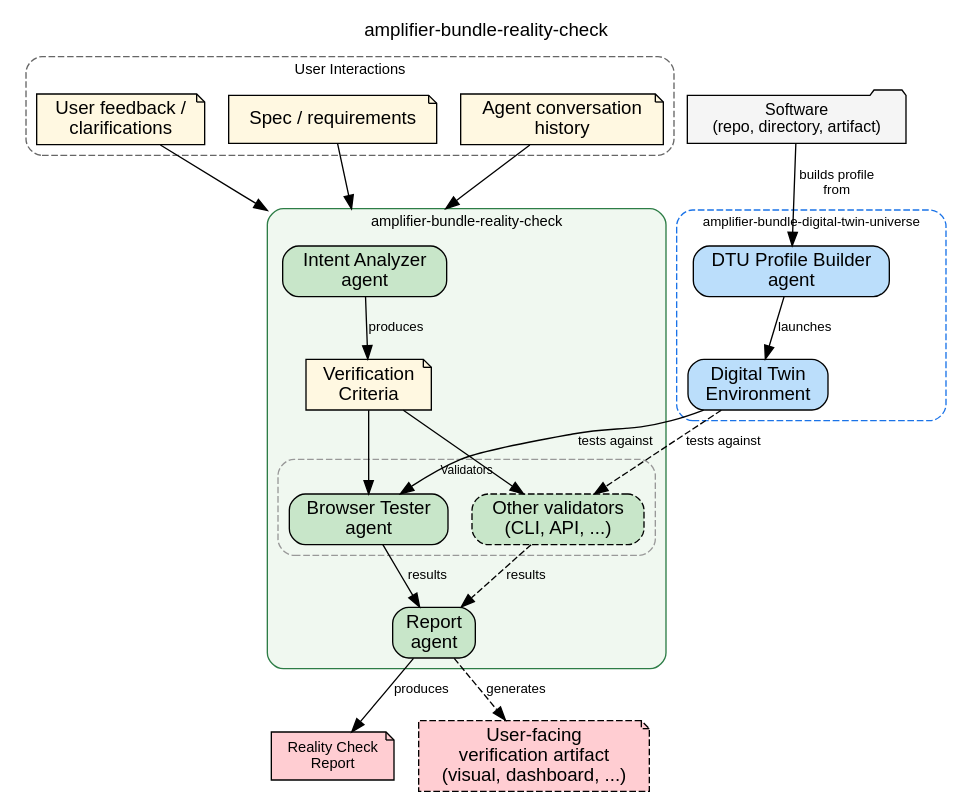
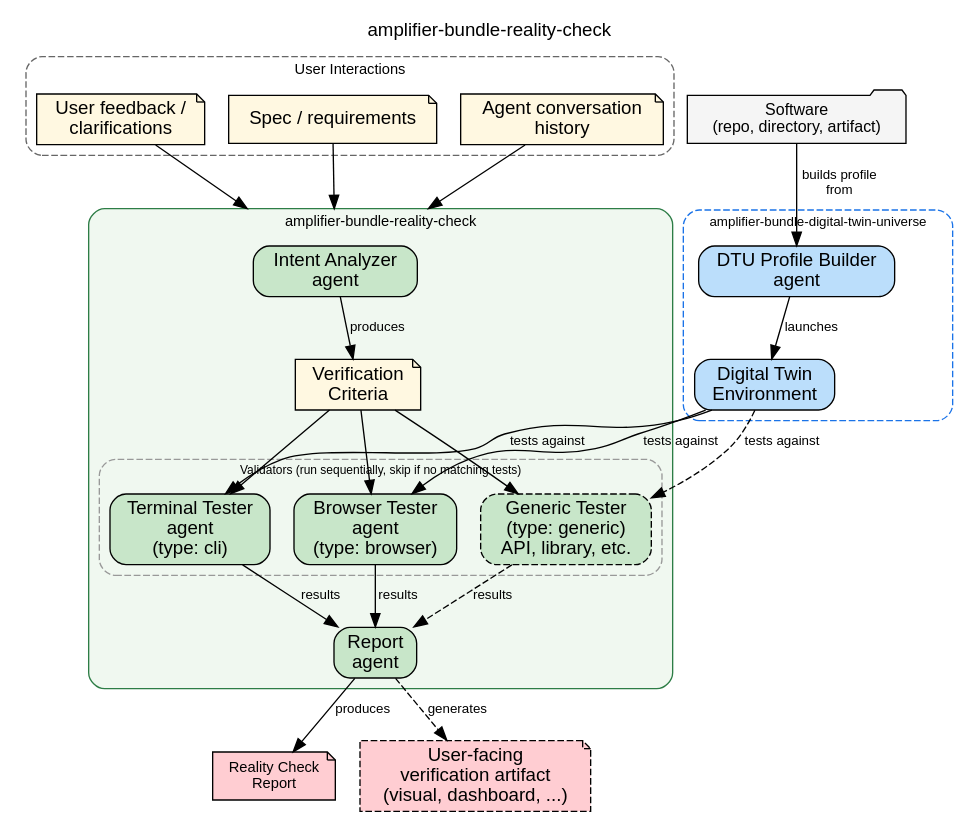
Before and after one commit to microsoft/amplifier-bundle-reality-check: the diagram in docs/reality-check-architecture.dot, drawn with Graphviz. The commit also changed 7 other files, not shown here.

```diff
--- a/docs/reality-check-architecture.dot
+++ b/docs/reality-check-architecture.dot
@@ -1,95 +1,99 @@
 digraph reality_check_architecture {
     rankdir=TB
     label="amplifier-bundle-reality-check"
     labelloc=t
     fontname="Helvetica"
     fontsize=14
     compound=true
     node [shape=box, style="rounded,filled", fillcolor="#e8f0fe", fontname="Helvetica"]
     edge [fontname="Helvetica", fontsize=10]
 
     // --- External inputs ---
     subgraph cluster_user_interactions {
         label="User Interactions"
         style="rounded,dashed"
         color="#666666"
         fontname="Helvetica"
         fontsize=11
 
         spec [label="Spec / requirements", shape=note, fillcolor="#fff8e1"]
         conversation [label="Agent conversation\nhistory", shape=note, fillcolor="#fff8e1"]
         feedback [label="User feedback /\nclarifications", shape=note, fillcolor="#fff8e1"]
     }
 
     software [label="Software\n(repo, directory, artifact)", shape=folder, fillcolor="#f5f5f5", fontsize=12]
 
     // --- Reality Check agents ---
     subgraph cluster_reality_check {
         label="amplifier-bundle-reality-check"
         style="rounded,filled"
         color="#2d7d46"
         fillcolor="#f0f8f0"
         fontname="Helvetica"
         fontsize=11
 
         intent [label="Intent Analyzer\nagent", fillcolor="#c8e6c9"]
         criteria [label="Verification\nCriteria", shape=note, fillcolor="#fff8e1"]
         intent -> criteria [label="produces"]
 
         subgraph cluster_validators {
-            label="Validators"
+            label="Validators (run sequentially, skip if no matching tests)"
             style="rounded,dashed"
             color="#999999"
             fontname="Helvetica"
             fontsize=9
 
-            browser_tester [label="Browser Tester\nagent", fillcolor="#c8e6c9"]
-            other_validators [label="Other validators\n(CLI, API, ...)", fillcolor="#c8e6c9", style="rounded,filled,dashed"]
+            terminal_tester [label="Terminal Tester\nagent\n(type: cli)", fillcolor="#c8e6c9"]
+            browser_tester [label="Browser Tester\nagent\n(type: browser)", fillcolor="#c8e6c9"]
+            generic_tester [label="Generic Tester\n(type: generic)\nAPI, library, etc.", fillcolor="#c8e6c9", style="rounded,filled,dashed"]
         }
 
         reporter [label="Report\nagent", fillcolor="#c8e6c9"]
     }
 
     // --- DTU (external dependency) ---
     subgraph cluster_dtu {
         label="amplifier-bundle-digital-twin-universe"
         style="rounded,dashed"
         color="#1a73e8"
         fontname="Helvetica"
         fontsize=10
 
         profile_builder [label="DTU Profile Builder\nagent", fillcolor="#bbdefb"]
         dtu_env [label="Digital Twin\nEnvironment", fillcolor="#bbdefb"]
         profile_builder -> dtu_env [label="launches"]
     }
 
     // --- Outputs ---
     report [label="Reality Check\nReport", shape=note, fillcolor="#ffcdd2", fontsize=11]
     visual [label="User-facing\nverification artifact\n(visual, dashboard, ...)", shape=note, fillcolor="#ffcdd2", style="rounded,filled,dashed"]
 
     // --- Flow ---
 
     // User interactions feed intent analysis
     spec -> intent [lhead=cluster_reality_check]
     conversation -> intent [lhead=cluster_reality_check]
     feedback -> intent [lhead=cluster_reality_check]
 
     // Software feeds DTU profile builder
     software -> profile_builder [label="builds profile\nfrom"]
 
-    // Criteria drives validation
+    // Criteria drives validation (sequential, each skips if no matching tests)
+    criteria -> terminal_tester
     criteria -> browser_tester
-    criteria -> other_validators
+    criteria -> generic_tester
 
     // DTU environment is what gets tested
+    dtu_env -> terminal_tester [label="tests against"]
     dtu_env -> browser_tester [label="tests against"]
-    dtu_env -> other_validators [label="tests against", style=dashed]
+    dtu_env -> generic_tester [label="tests against", style=dashed]
 
     // Validators feed reporter
+    terminal_tester -> reporter [label="results"]
     browser_tester -> reporter [label="results"]
-    other_validators -> reporter [label="results", style=dashed]
+    generic_tester -> reporter [label="results", style=dashed]
 
     // Reporter produces outputs
     reporter -> report [label="produces"]
     reporter -> visual [label="generates", style=dashed]
 }
```
